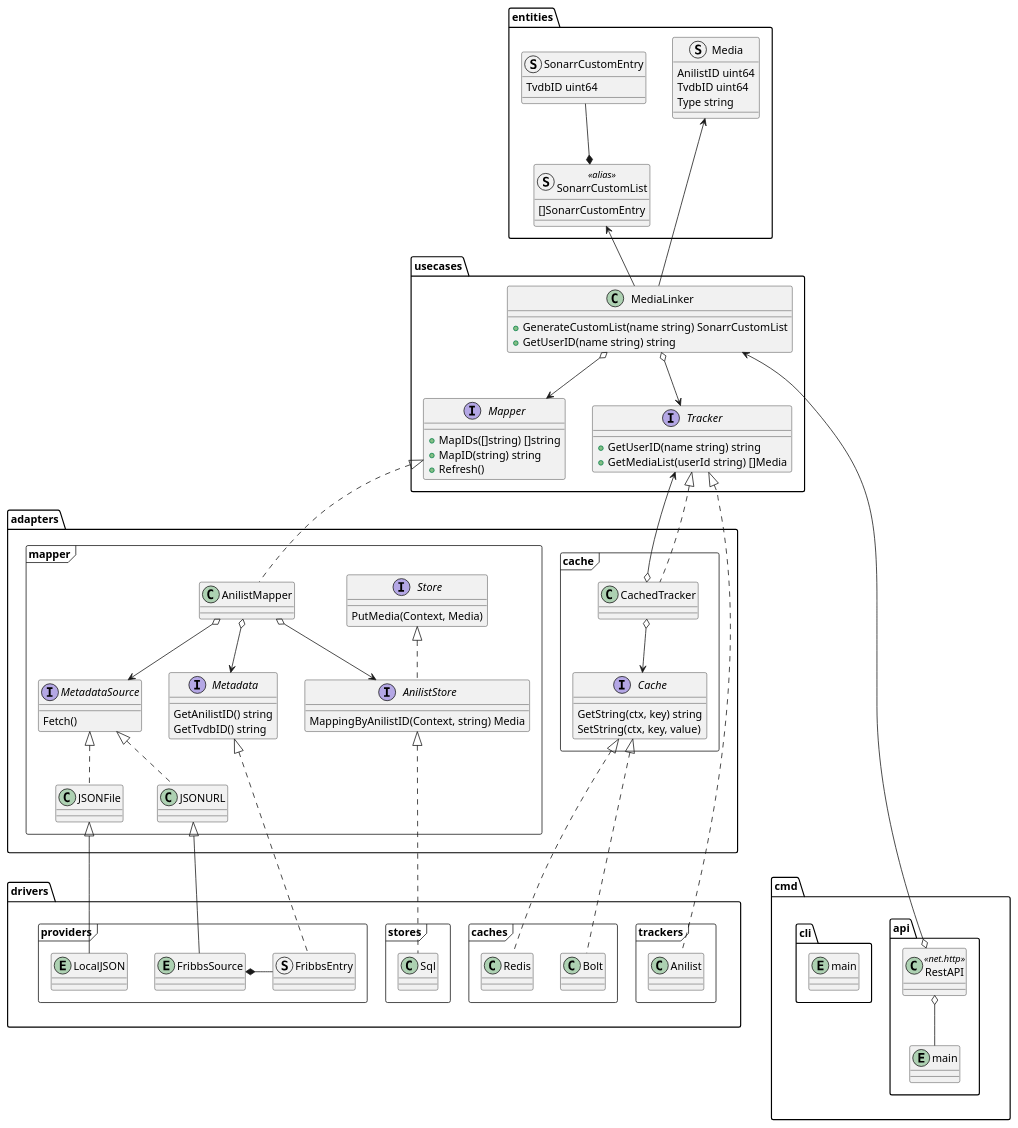
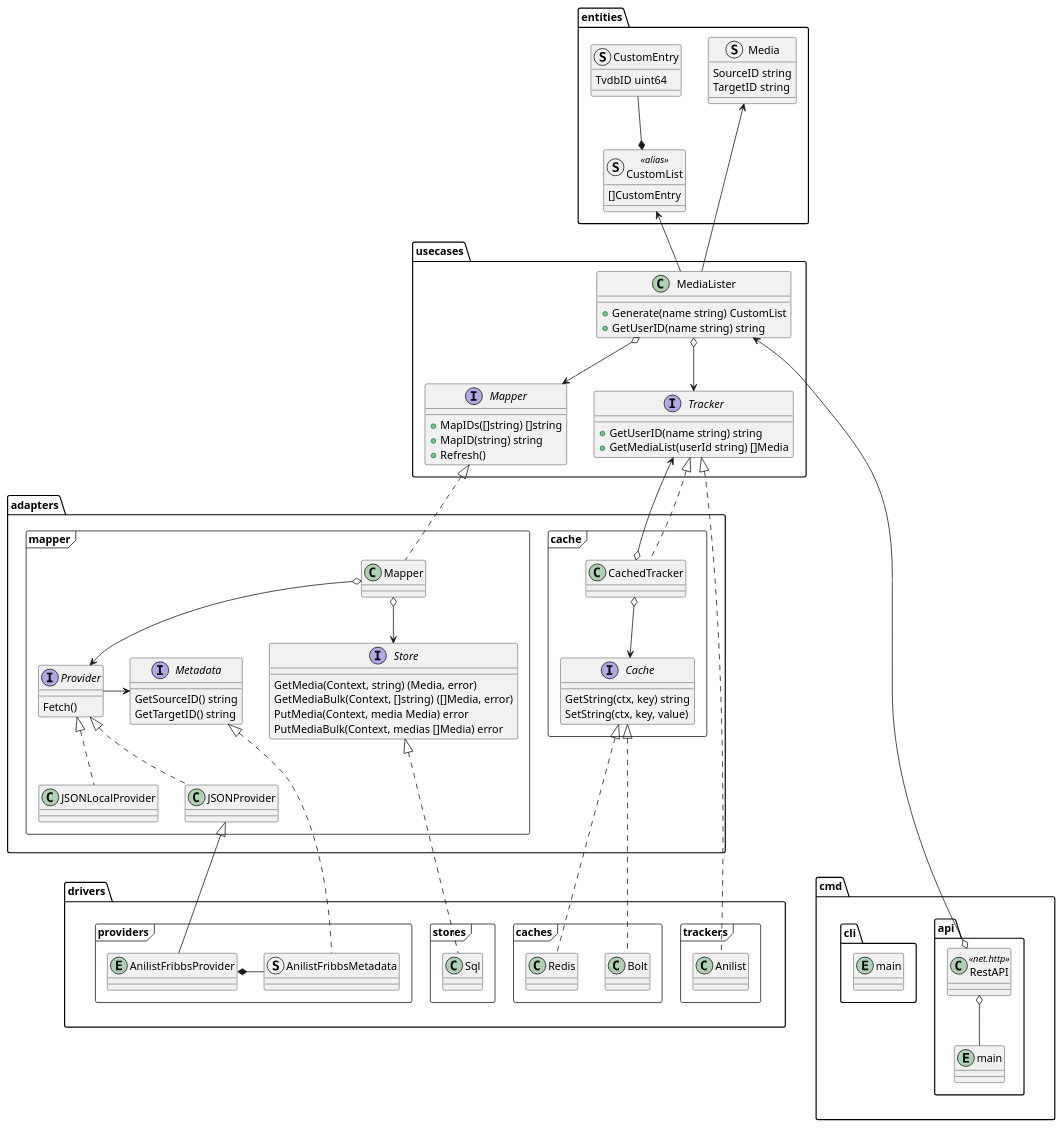
One commit to wwmoraes/anilistarr changed the diagram in anilistarr.puml. Above: the diagram before and after it, drawn with PlantUML.

Commit message:
docs: updated diagram to the current state

```diff
--- a/anilistarr.puml
+++ b/anilistarr.puml
@@ -1,142 +1,137 @@
 @startuml components
 
 package entities {
   struct Media {
-    AnilistID uint64
-    TvdbID uint64
-    Type string
+    SourceID string
+    TargetID string
   }
 
-  struct SonarrCustomEntry {
+  struct CustomEntry {
     TvdbID uint64
   }
 
-  struct SonarrCustomList <<alias>> {
-    []SonarrCustomEntry
+  struct CustomList <<alias>> {
+    []CustomEntry
   }
 }
 
 package usecases {
-  interface Mapper {
+  interface "Mapper" as IMapper {
     +MapIDs([]string) []string
     +MapID(string) string
     +Refresh()
   }
 
   interface Tracker {
     +GetUserID(name string) string
     +GetMediaList(userId string) []Media
   }
 
-  class MediaLinker {
-    +GenerateCustomList(name string) SonarrCustomList
+  class MediaLister {
+    +Generate(name string) CustomList
     +GetUserID(name string) string
   }
 }
 
 package adapters {
   package mapper <<Frame>> {
-    interface MetadataSource {
+    interface Provider {
       Fetch()
     }
 
     interface Metadata {
-      GetAnilistID() string
-      GetTvdbID() string
+      GetSourceID() string
+      GetTargetID() string
     }
 
     interface Store {
-      PutMedia(Context, Media)
+      GetMedia(Context, string) (Media, error)
+      GetMediaBulk(Context, []string) ([]Media, error)
+      PutMedia(Context, media Media) error
+      PutMediaBulk(Context, medias []Media) error
     }
 
-    interface AnilistStore {
-      MappingByAnilistID(Context, string) Media
-    }
-
-    class JSONFile
-    class JSONURL
-    class AnilistMapper
+    class JSONLocalProvider
+    class JSONProvider
+    class Mapper
   }
 
   package cache <<Frame>> {
     interface Cache {
       GetString(ctx, key) string
       SetString(ctx, key, value)
     }
 
     class CachedTracker
   }
 }
 
 package drivers {
   package providers <<Frame>> {
-    struct FribbsEntry
-    entity FribbsSource
-    entity LocalJSON
+    struct AnilistFribbsMetadata
+    entity AnilistFribbsProvider
   }
 
   package stores <<Frame>> {
     class Sql
   }
 
   package caches <<Frame>> {
     class Redis
     class Bolt
   }
 
   package trackers <<Frame>> {
     class Anilist
   }
 }
 
 package cmd {
   package api {
     class RestAPI <<net.http>>
     entity "main" as apiMain
 
     RestAPI o-- apiMain
   }
 
   package cli {
     entity "main" as cliMain
   }
 }
 
 '' visual hack to force both outer-level packages on the same rank
 drivers -[hidden] cmd
 
 '' entities
-SonarrCustomEntry --* SonarrCustomList
+CustomEntry --* CustomList
 '' use-cases
-Media <-- MediaLinker
-SonarrCustomList <-- MediaLinker
-MediaLinker o--> Mapper
-MediaLinker o--> Tracker
+Media <-- MediaLister
+CustomList <-- MediaLister
+MediaLister o--> IMapper
+MediaLister o--> Tracker
 '' adapters/mapper
-Mapper <|-[dashed]- AnilistMapper
-AnilistMapper o--> Metadata
-AnilistMapper o--> MetadataSource
-AnilistMapper o--> AnilistStore
-Store <|-[dashed]- AnilistStore
-MetadataSource <|-[dashed]- JSONFile
-MetadataSource <|-[dashed]- JSONURL
+IMapper <|-[dashed]- Mapper
+Provider -> Metadata
+Mapper o--> Provider
+Mapper o--> Store
+Provider <|-[dashed]- JSONLocalProvider
+Provider <|-[dashed]- JSONProvider
 '' adapters/cache
 Tracker <|-[dashed]- CachedTracker
 CachedTracker o--> Cache
 CachedTracker o--> Tracker
 '' drivers/providers
-FribbsEntry -* FribbsSource
-JSONURL <|-- FribbsSource
-JSONFile <|-- LocalJSON
-Metadata <|-[dashed]- FribbsEntry
+AnilistFribbsMetadata -* AnilistFribbsProvider
+JSONProvider <|-- AnilistFribbsProvider
+Metadata <|-[dashed]- AnilistFribbsMetadata
 '' drivers/stores
-AnilistStore <|-[dashed]- Sql
+Store <|-[dashed]- Sql
 '' drivers/caches
 Cache <|-[dashed]- Bolt
 Cache <|-[dashed]- Redis
 '' drivers/trackers
 Tracker <|-[dashed]- Anilist
 '' cmd
-MediaLinker <--o RestAPI
+MediaLister <--o RestAPI
 
 @enduml
```
